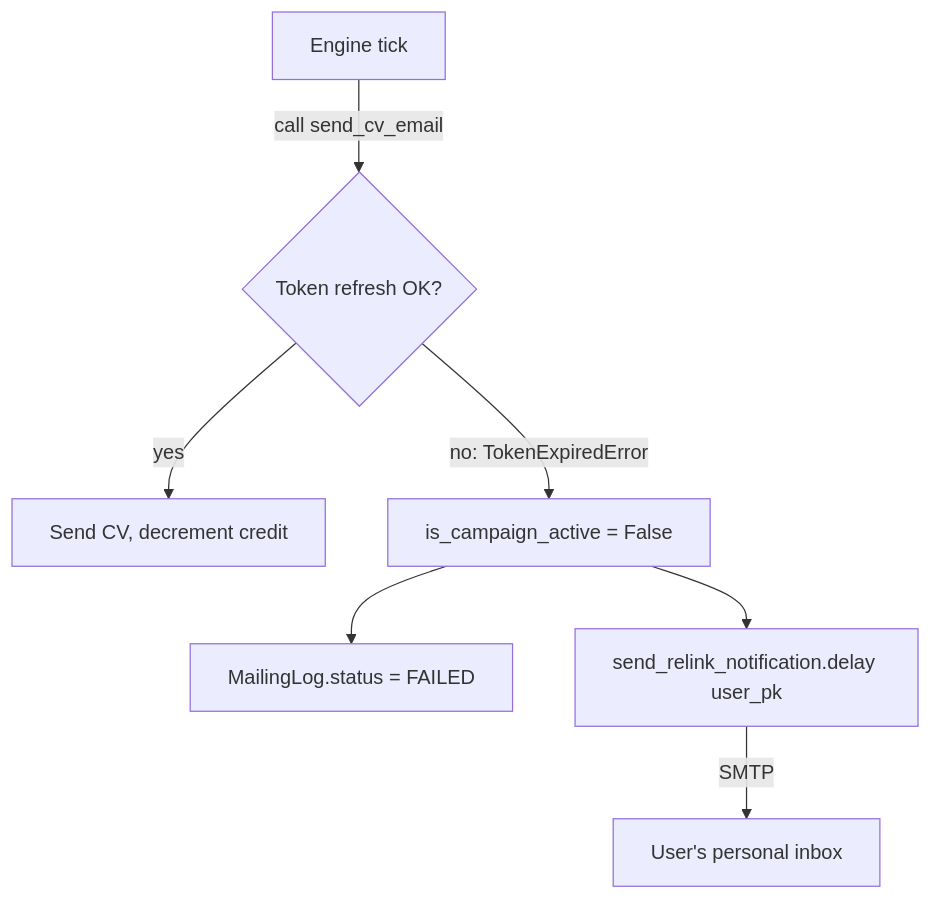
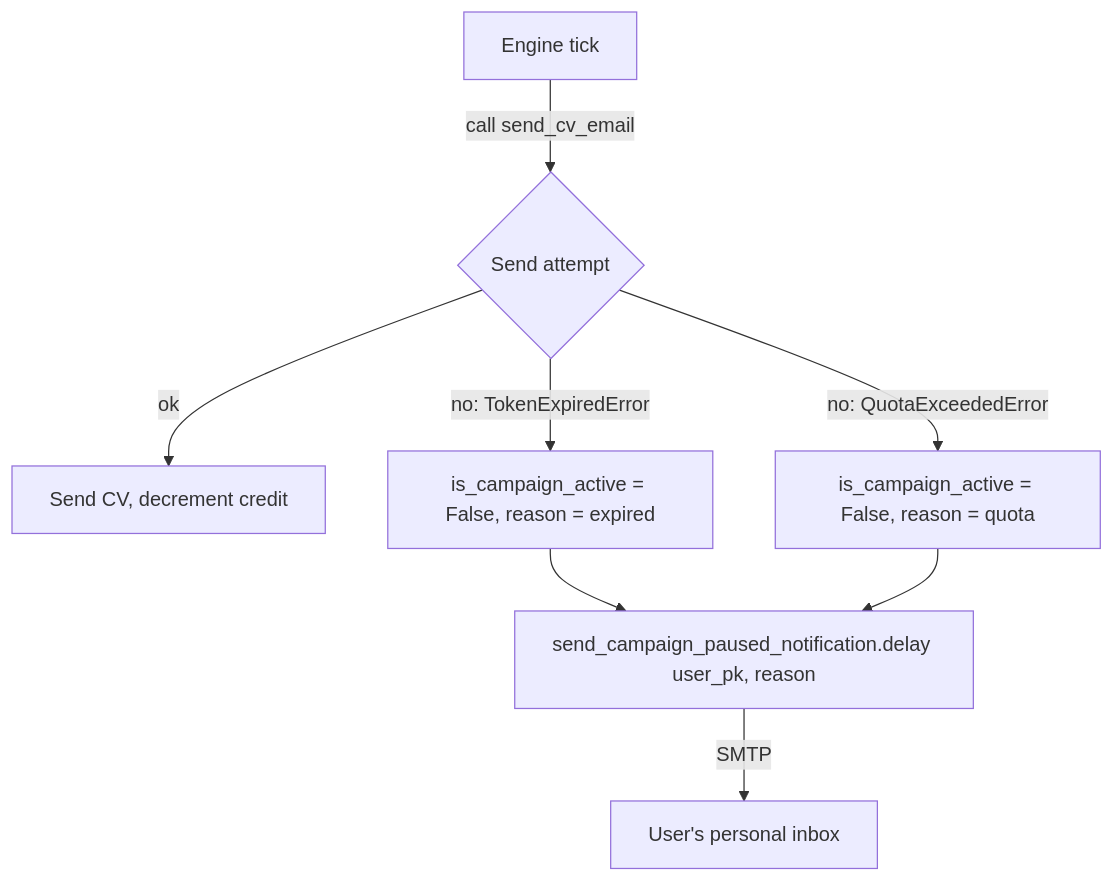
The diagram in docs/features/notifications.md (darideveloper/fastjob), drawn with Mermaid before and after one commit. The commit also changed other lines of this file and 17 other files, not shown here.

First line of the commit message:
feat(mailing): improve campaign pause notifications and UI feedback

````diff
--- a/docs/features/notifications.md
+++ b/docs/features/notifications.md
@@ -9,9 +9,10 @@
 ```mermaid
 flowchart TD
-    Engine[Engine tick] -->|call send_cv_email| Token{Token refresh OK?}
-    Token -->|yes| Send[Send CV, decrement credit]
-    Token -->|no: TokenExpiredError| Pause[is_campaign_active = False]
-    Pause --> Log[MailingLog.status = FAILED]
-    Pause --> Notify[send_relink_notification.delay user_pk]
+    Engine[Engine tick] -->|call send_cv_email| Send{Send attempt}
+    Send -->|ok| Success[Send CV, decrement credit]
+    Send -->|no: TokenExpiredError| PauseExpired[is_campaign_active = False, reason = expired]
+    Send -->|no: QuotaExceededError| PauseQuota[is_campaign_active = False, reason = quota]
+    PauseExpired --> Notify[send_campaign_paused_notification.delay user_pk, reason]
+    PauseQuota --> Notify
     Notify -->|SMTP| UserInbox[User's personal inbox]
 ```
````
